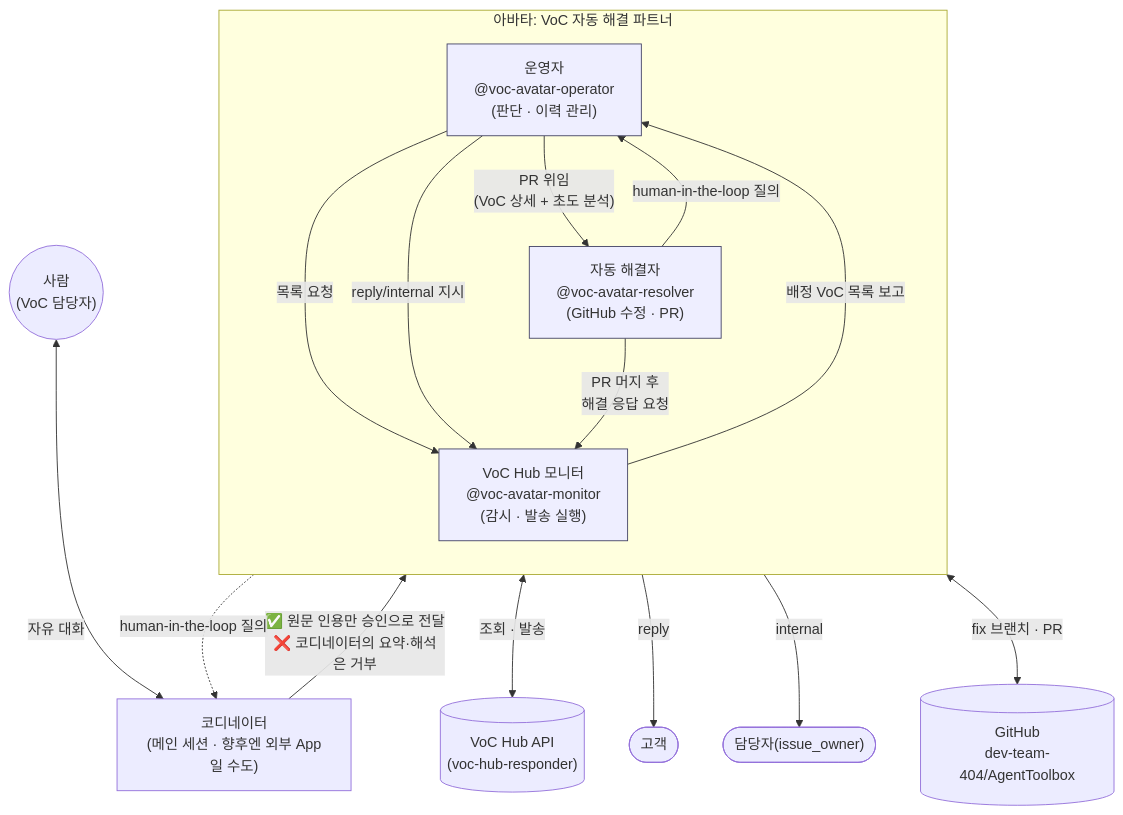
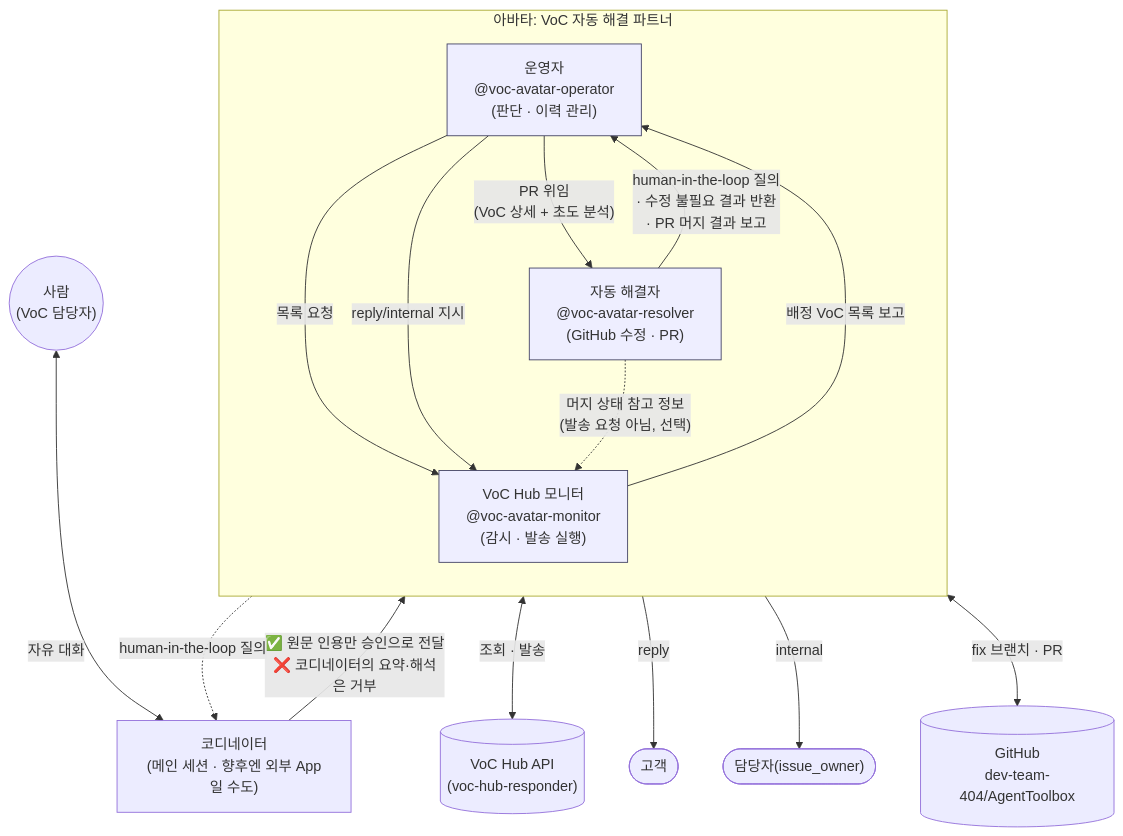
The first of 4 diagrams in voc-avatar-marketplace/plugins/voc-avatar-partner/README.md (panicdna/try-avatar), drawn with Mermaid before and after one commit. The commit also changed other lines of this file and 2 other files, not shown here.

First line of the commit message:
fix(voc-avatar-partner): route all resolver outcomes through operator

````diff
--- a/voc-avatar-marketplace/plugins/voc-avatar-partner/README.md
+++ b/voc-avatar-marketplace/plugins/voc-avatar-partner/README.md
@@ -22,37 +22,37 @@
 ```mermaid
 flowchart TB
     Human(("사람\n(VoC 담당자)"))
     Coordinator["코디네이터\n(메인 세션 · 향후엔 외부 App일 수도)"]
 
     subgraph Avatar["아바타: VoC 자동 해결 파트너"]
         direction TB
         Operator["운영자\n@voc-avatar-operator\n(판단 · 이력 관리)"]
         Monitor["VoC Hub 모니터\n@voc-avatar-monitor\n(감시 · 발송 실행)"]
         Resolver["자동 해결자\n@voc-avatar-resolver\n(GitHub 수정 · PR)"]
     end
 
     VocHub[("VoC Hub API\n(voc-hub-responder)")]
     GitHub[("GitHub\ndev-team-404/AgentToolbox")]
     Customer(["고객"])
     Owner(["담당자(issue_owner)"])
 
     Human <-->|"자유 대화"| Coordinator
     Coordinator -->|"✅ 원문 인용만 승인으로 전달\n❌ 코디네이터의 요약·해석은 거부"| Operator
     Operator -.->|"human-in-the-loop 질의"| Coordinator
 
     Operator -->|"목록 요청"| Monitor
     Monitor -->|"배정 VoC 목록 보고"| Operator
     Operator -->|"reply/internal 지시"| Monitor
     Operator -->|"PR 위임\n(VoC 상세 + 초도 분석)"| Resolver
-    Resolver -->|"human-in-the-loop 질의"| Operator
+    Resolver -->|"human-in-the-loop 질의\n· 수정 불필요 결과 반환\n· PR 머지 결과 보고"| Operator
 
     Monitor <-->|"조회 · 발송"| VocHub
     Monitor -->|"reply"| Customer
     Monitor -->|"internal"| Owner
-    Resolver -->|"PR 머지 후\n해결 응답 요청"| Monitor
+    Resolver -.->|"머지 상태 참고 정보\n(발송 요청 아님, 선택)"| Monitor
 
     Resolver <-->|"fix 브랜치 · PR"| GitHub
 
     classDef role fill:#eef,stroke:#446,stroke-width:1px;
     class Operator,Monitor,Resolver role;
 ```
````
